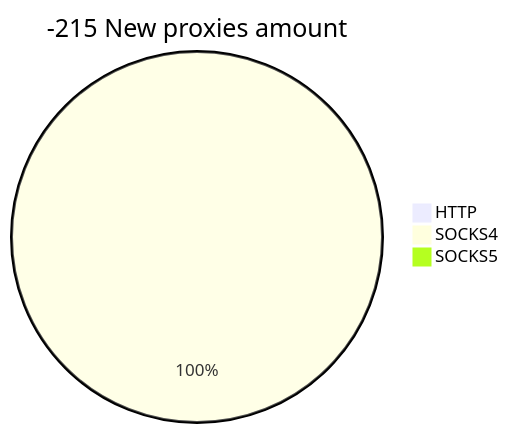
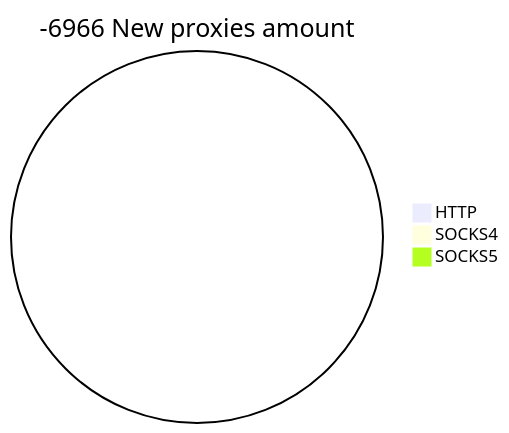
The second of 2 diagrams in README.md (cutipu/proxylist), drawn with Mermaid before and after one commit. The commit also changed other lines of this file, not shown here.

````diff
--- a/README.md
+++ b/README.md
@@ -10,6 +10,6 @@
 ```mermaid
-pie title -215 New proxies amount
+pie title -6966 New proxies amount
     "HTTP" : 0
-    "SOCKS4" : 4
+    "SOCKS4" : 0
     "SOCKS5" : 0
 ```
````
